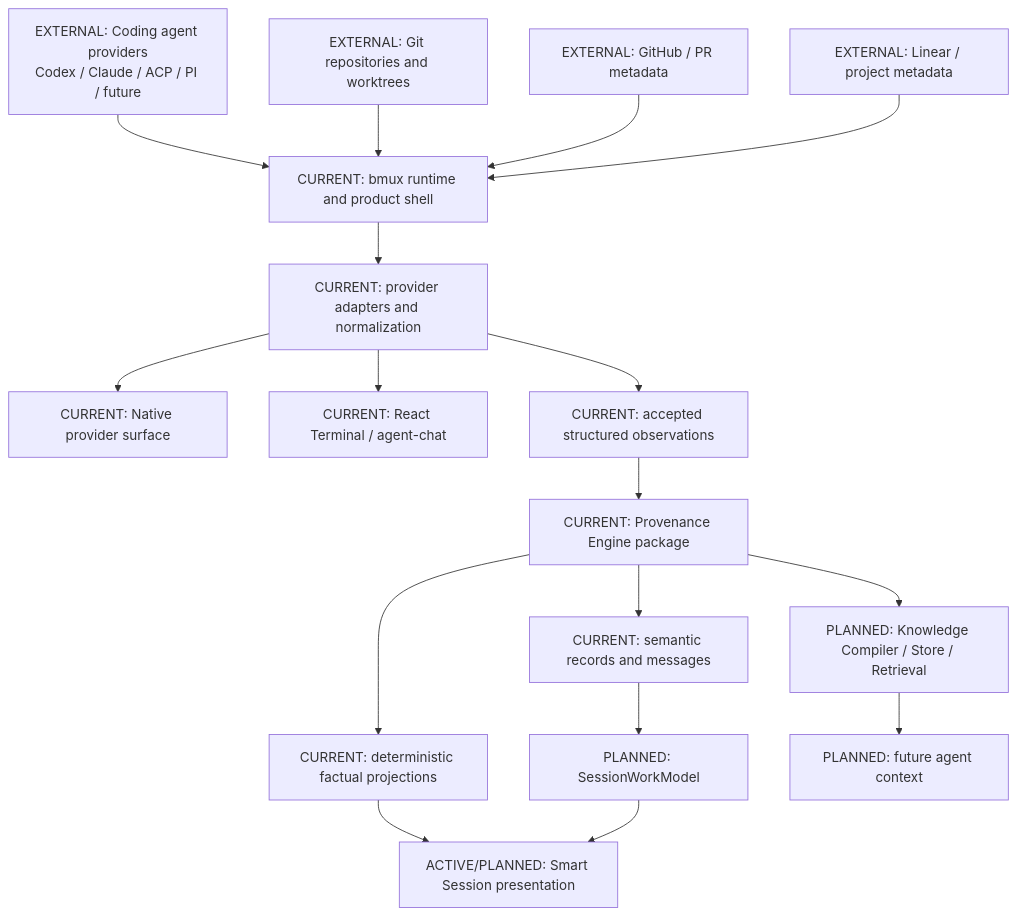
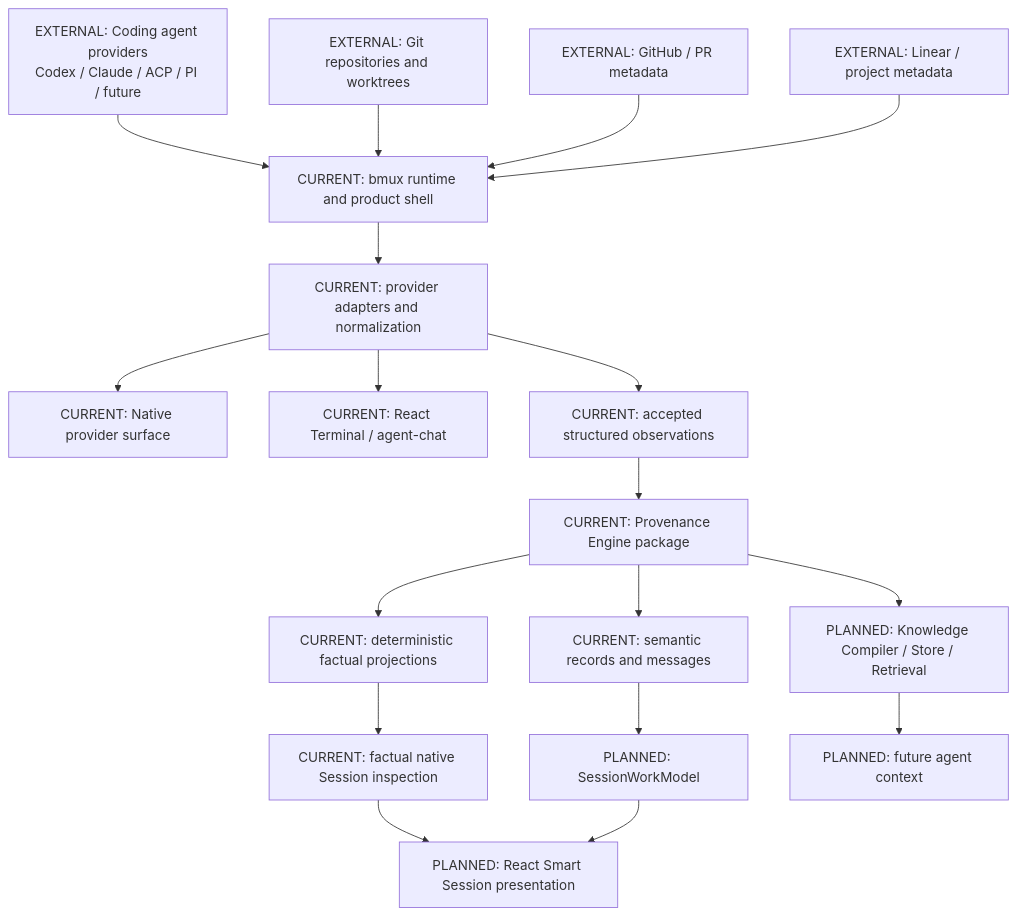
One commit to BrianBusby/bmux changed the diagram in docs/architecture/system-overview.md. Above: the diagram before and after it, drawn with Mermaid. The commit also changed other lines of this file and 7 other files, not shown here.

Commit message:
Reconcile Project Truth after factual session view

````diff
--- a/docs/architecture/system-overview.md
+++ b/docs/architecture/system-overview.md
@@ -25,19 +25,20 @@
 ```mermaid
 flowchart TD
   providers["EXTERNAL: Coding agent providers\nCodex / Claude / ACP / PI / future"] --> bmux["CURRENT: bmux runtime and product shell"]
   git["EXTERNAL: Git repositories and worktrees"] --> bmux
   github["EXTERNAL: GitHub / PR metadata"] --> bmux
   linear["EXTERNAL: Linear / project metadata"] --> bmux
   bmux --> adapters["CURRENT: provider adapters and normalization"]
   adapters --> native["CURRENT: Native provider surface"]
   adapters --> terminal["CURRENT: React Terminal / agent-chat"]
   adapters --> evidence["CURRENT: accepted structured observations"]
   evidence --> pe["CURRENT: Provenance Engine package"]
   pe --> factual["CURRENT: deterministic factual projections"]
   pe --> semantic["CURRENT: semantic records and messages"]
   semantic --> swm["PLANNED: SessionWorkModel"]
-  factual --> session["ACTIVE/PLANNED: Smart Session presentation"]
+  factual --> factualSession["CURRENT: factual native Session inspection"]
+  factualSession --> session["PLANNED: React Smart Session presentation"]
   swm --> session
   pe --> knowledge["PLANNED: Knowledge Compiler / Store / Retrieval"]
   knowledge --> context["PLANNED: future agent context"]
 ```
````
